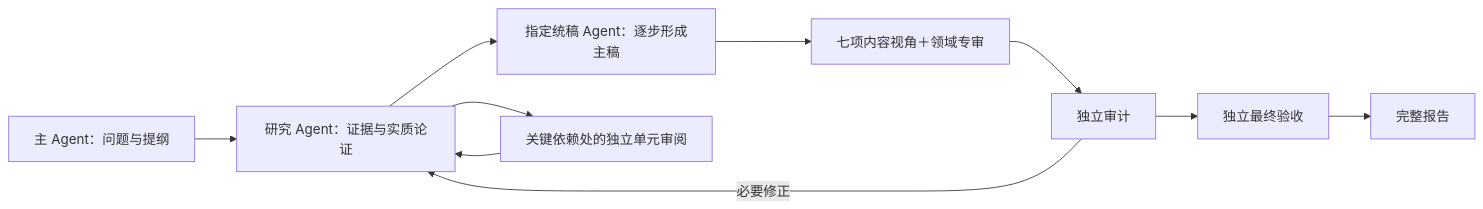
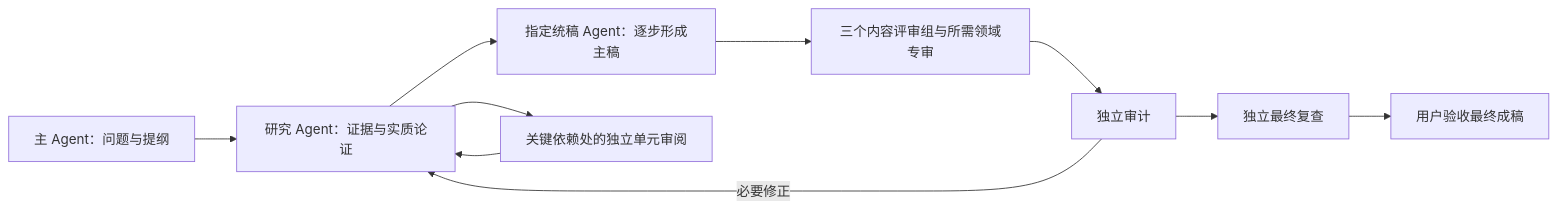
The diagram in README.zh-CN.md (rrrrrredy/research-toolkit), drawn with Mermaid before and after one commit. The commit also changed other lines of this file and 99 other files, not shown here.

````diff
--- a/README.zh-CN.md
+++ b/README.zh-CN.md
@@ -26,12 +28,12 @@
 ```mermaid
 flowchart LR
   L[主 Agent：问题与提纲] --> R[研究 Agent：证据与实质论证]
   R --> W[指定统稿 Agent：逐步形成主稿]
   R --> U[关键依赖处的独立单元审阅]
   U --> R
-  W --> V[七项内容视角＋领域专审]
+  W --> V[三个内容评审组与所需领域专审]
   V --> A[独立审计]
-  A --> F[独立最终验收]
+  A --> F[独立最终复查]
   A -->|必要修正| R
-  F --> D[完整报告]
+  F --> D[用户验收最终成稿]
 ```
````
